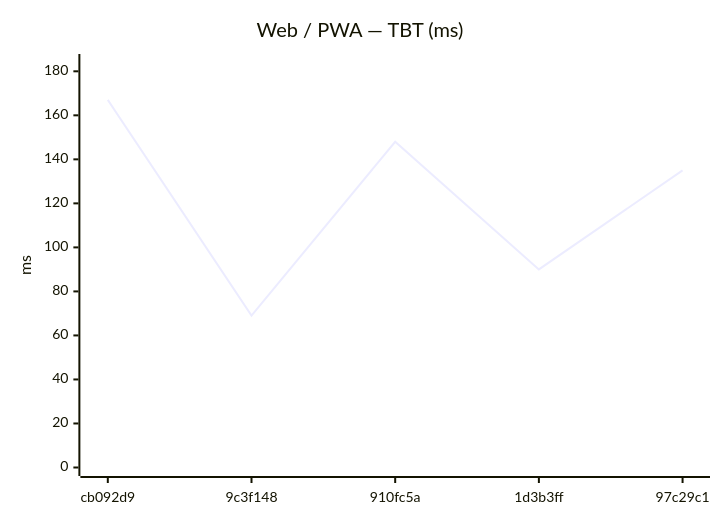
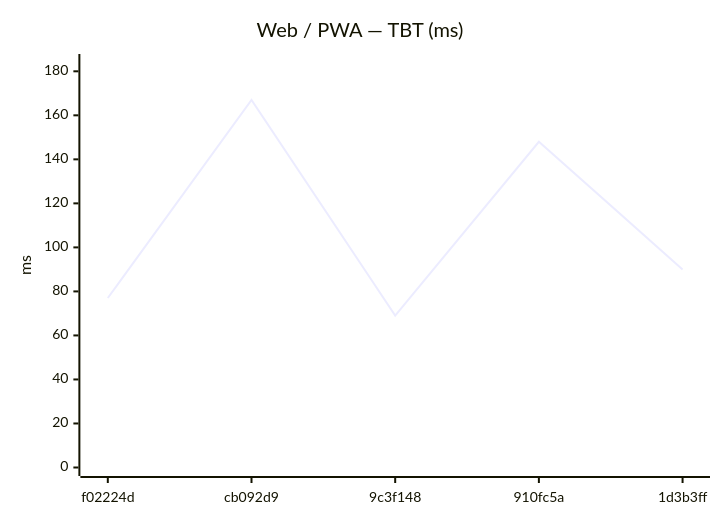
Before and after one commit to Metaheurist/Rianell: the eighth of 18 diagrams in benchmarks/compare.md, drawn with Mermaid. The commit also changed other lines of this file and 11 other files, not shown here.

````diff
--- a/benchmarks/compare.md
+++ b/benchmarks/compare.md
@@ -124,7 +124,7 @@
 ```mermaid
 xychart-beta
     title "Web / PWA — TBT (ms)"
-    x-axis ["cb092d9", "9c3f148", "910fc5a", "1d3b3ff", "97c29c1"]
+    x-axis ["f02224d", "cb092d9", "9c3f148", "910fc5a", "1d3b3ff"]
     y-axis "ms" 0 --> 184
-    line [167, 69, 148, 90, 135]
+    line [77, 167, 69, 148, 90]
 ```
````
